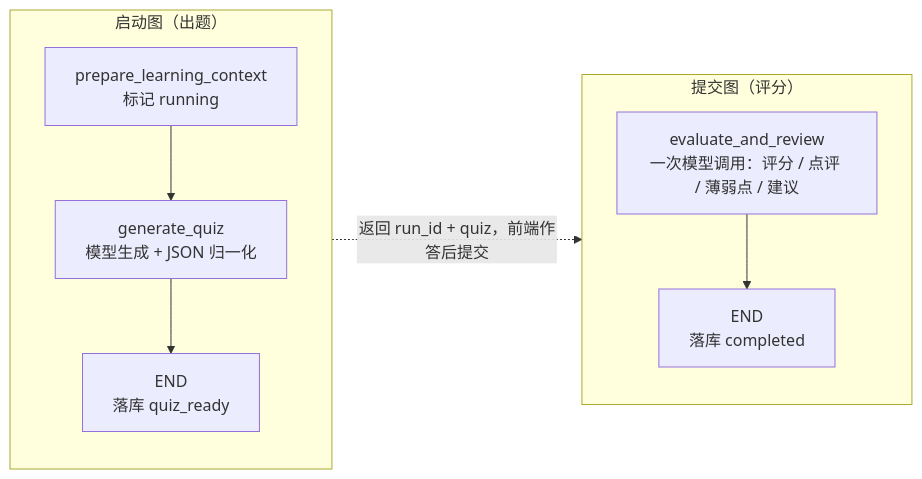
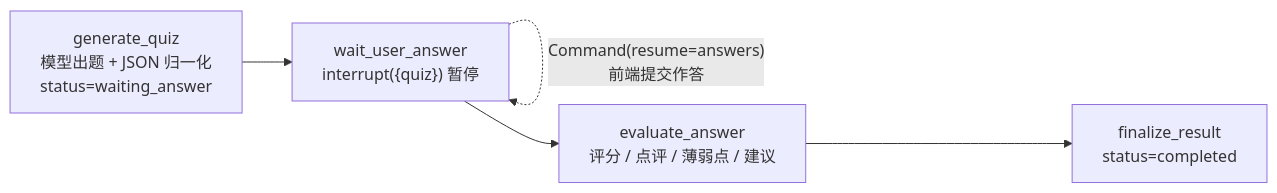
One commit to jiayinjiang-pistachio/study-pass-ai changed the fourth of 5 diagrams in agent-backend/docs/orchestrator-workflow-design.md. Above: the diagram before and after it, drawn with Mermaid. The commit also changed other lines of this file and 11 other files, not shown here.

Commit message:
refactor(workflow): 学习测评改为 LangGraph interrupt + checkpoint 单图编排

````diff
--- a/agent-backend/docs/orchestrator-workflow-design.md
+++ b/agent-backend/docs/orchestrator-workflow-design.md
@@ -116,13 +118,7 @@
 ```mermaid
 flowchart LR
-    subgraph startGraph["启动图（出题）"]
-        A1["prepare_learning_context<br/>标记 running"] --> A2["generate_quiz<br/>模型生成 + JSON 归一化"]
-        A2 --> A3["END<br/>落库 quiz_ready"]
-    end
-
-    subgraph submitGraph["提交图（评分）"]
-        B1["evaluate_and_review<br/>一次模型调用：评分 / 点评 / 薄弱点 / 建议"] --> B2["END<br/>落库 completed"]
-    end
-
-    startGraph -. "返回 run_id + quiz，前端作答后提交" .-> submitGraph
+    G1["generate_quiz<br/>模型出题 + JSON 归一化<br/>status=waiting_answer"] --> G2["wait_user_answer<br/>interrupt({quiz}) 暂停"]
+    G2 -. "Command(resume=answers)<br/>前端提交作答" .-> G2
+    G2 --> G3["evaluate_answer<br/>评分 / 点评 / 薄弱点 / 建议"]
+    G3 --> G4["finalize_result<br/>status=completed"]
 ```
````
